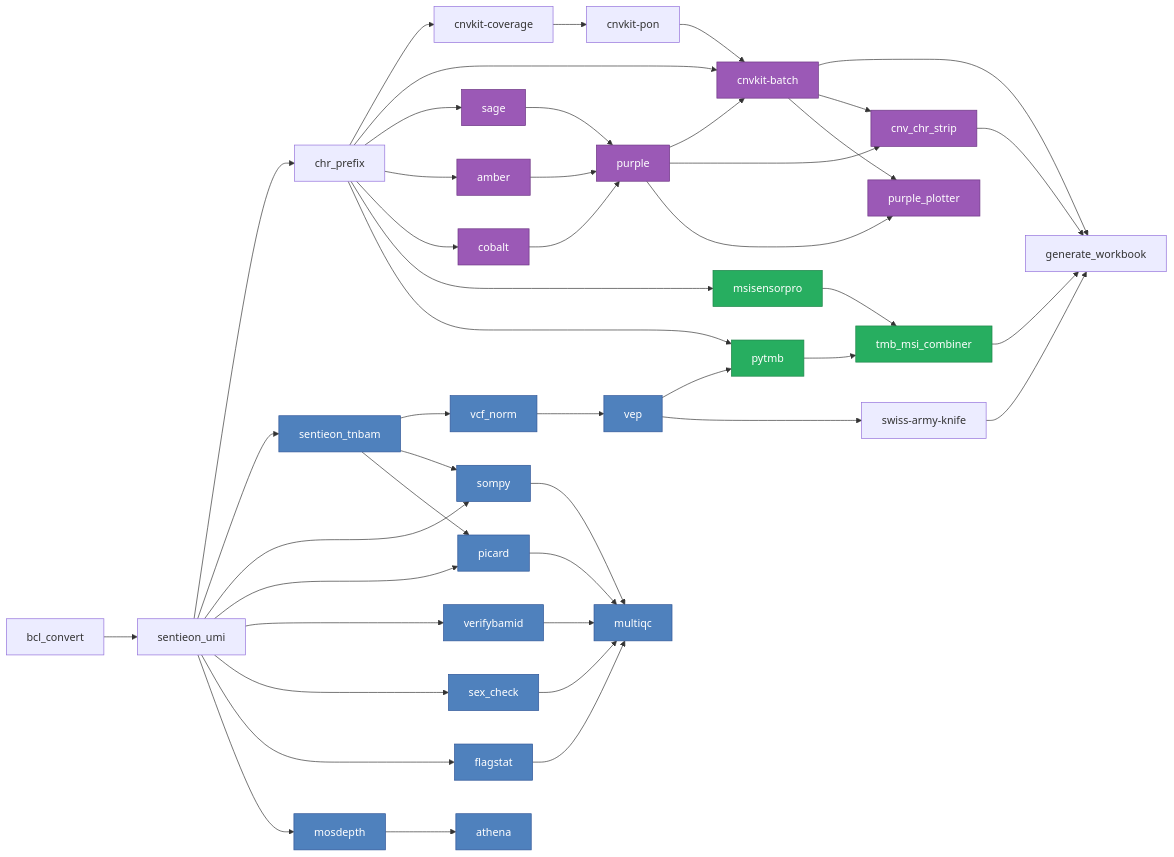
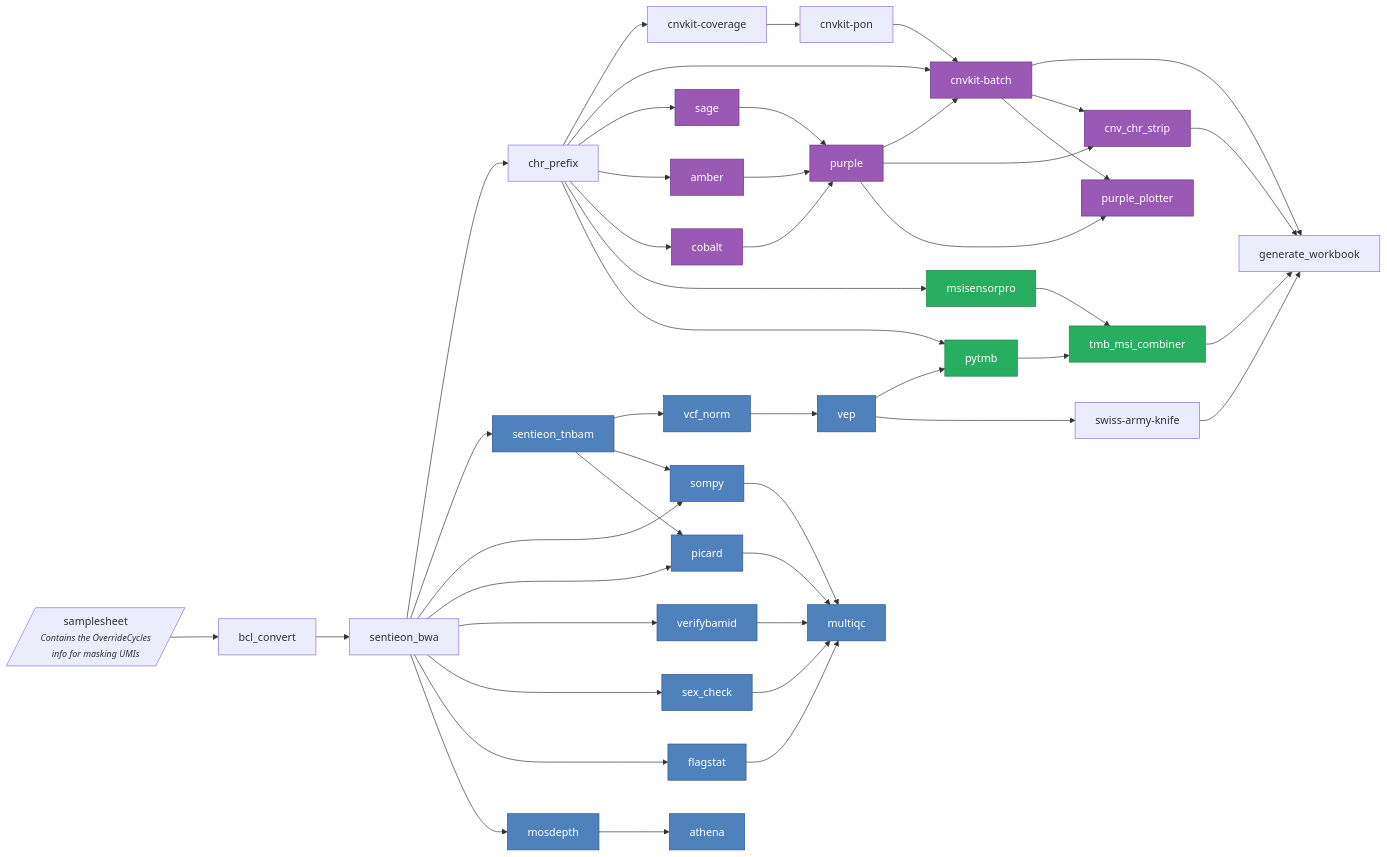
One commit to eastgenomics/atlas_pipeline_diagram changed the diagram in README.md. Above: the diagram before and after it, drawn with Mermaid.

Commit message:
Changed to use sentieon_bwa instead of UMI. UMIs now masked by samplesheet input.

````diff
--- a/README.md
+++ b/README.md
@@ -11,53 +11,56 @@
 ```mermaid
 flowchart LR
-    bcl_convert --> sentieon_umi
-    sentieon_umi --> chr_prefix
+    %% Inputs
+    samplesheet[/"samplesheet<br/><small><i>Contains the OverrideCycles<br/>info for masking UMIs</i></small>"/] --> bcl_convert
+
+    bcl_convert --> sentieon_bwa
+    sentieon_bwa --> chr_prefix
 
     %% CNVs
     chr_prefix --> cnvkit_coverage[cnvkit-coverage]
     cnvkit_coverage --> cnvkit_pon[cnvkit-pon]
     chr_prefix --> cnvkit_batch[cnvkit-batch]
     cnvkit_pon --> cnvkit_batch
     chr_prefix --> sage
     chr_prefix --> amber
     chr_prefix --> cobalt
     sage --> purple
     amber --> purple
     cobalt --> purple
     purple --> cnvkit_batch
     purple --> cnv_chr_strip
     cnvkit_batch --> generate_workbook
     cnv_chr_strip --> generate_workbook
     cnvkit_batch --> cnv_chr_strip
     purple --> purple_plotter
     cnvkit_batch --> purple_plotter
     
     %% TMB and MSI
     chr_prefix --> msisensorpro
     msisensorpro --> tmb_msi_combiner
     chr_prefix --> pytmb
     vep --> pytmb
     pytmb --> tmb_msi_combiner
     tmb_msi_combiner --> generate_workbook
 
     %% Main workflow - SNVs and QC
-    sentieon_umi --> sentieon_tnbam
+    sentieon_bwa --> sentieon_tnbam
     sentieon_tnbam --> vcf_norm --> vep --> swiss_army_knife[swiss-army-knife] --> generate_workbook
     sentieon_tnbam --> sompy
     sentieon_tnbam --> picard
-    sentieon_umi --> sompy --> multiqc
-    sentieon_umi --> picard --> multiqc
-    sentieon_umi --> verifybamid --> multiqc
-    sentieon_umi --> sex_check --> multiqc
-    sentieon_umi --> flagstat --> multiqc
-    sentieon_umi --> mosdepth --> athena
+    sentieon_bwa --> sompy --> multiqc
+    sentieon_bwa --> picard --> multiqc
+    sentieon_bwa --> verifybamid --> multiqc
+    sentieon_bwa --> sex_check --> multiqc
+    sentieon_bwa --> flagstat --> multiqc
+    sentieon_bwa --> mosdepth --> athena
 
     %% Colour coding
     class sentieon_tnbam,vcf_norm,vep,sompy,picard,multiqc,verifybamid,sex_check,flagstat,mosdepth,athena main;
     class sage,amber,cobalt,purple,cnvkit_batch,cnv_chr_strip,purple_plotter cnv;
     class pytmb,msisensorpro,tmb_msi_combiner msi;
 
     classDef main fill:#4f81bd,stroke:#2f5597,color:#fff;
     classDef cnv fill:#9b59b6,stroke:#6c3483,color:#fff;
     classDef msi fill:#27ae60,stroke:#1e8449,color:#fff;
 ```
````
